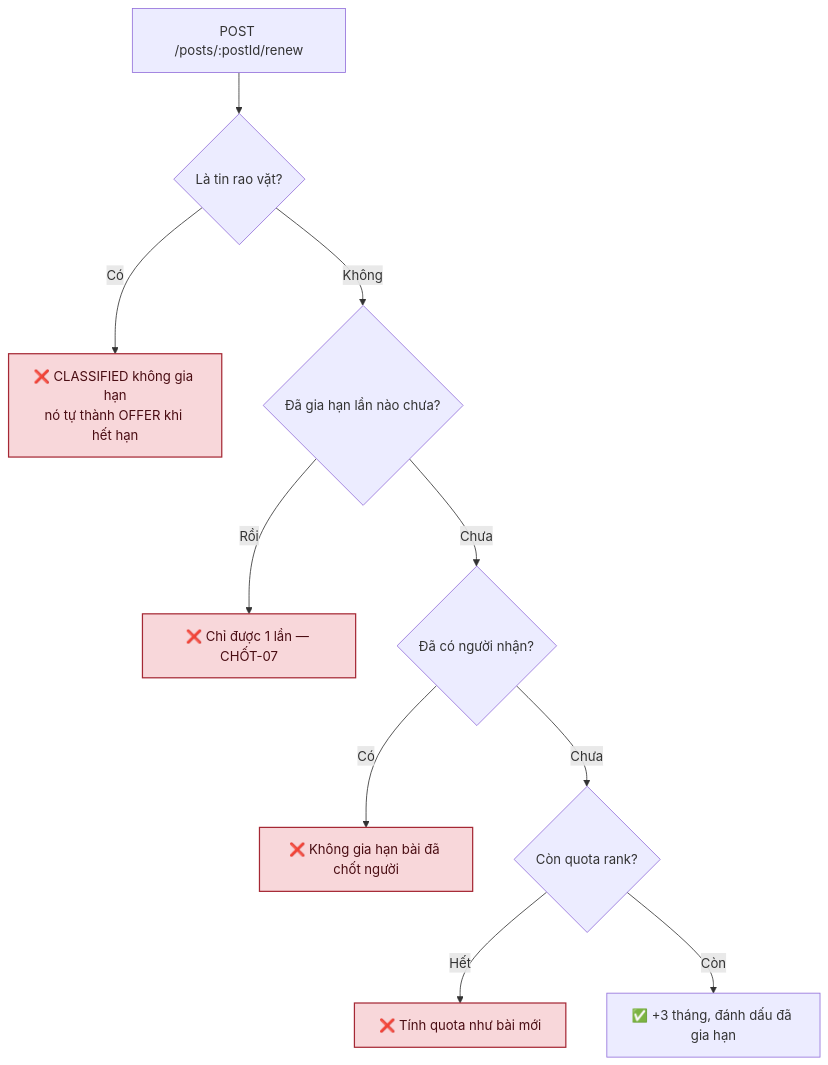
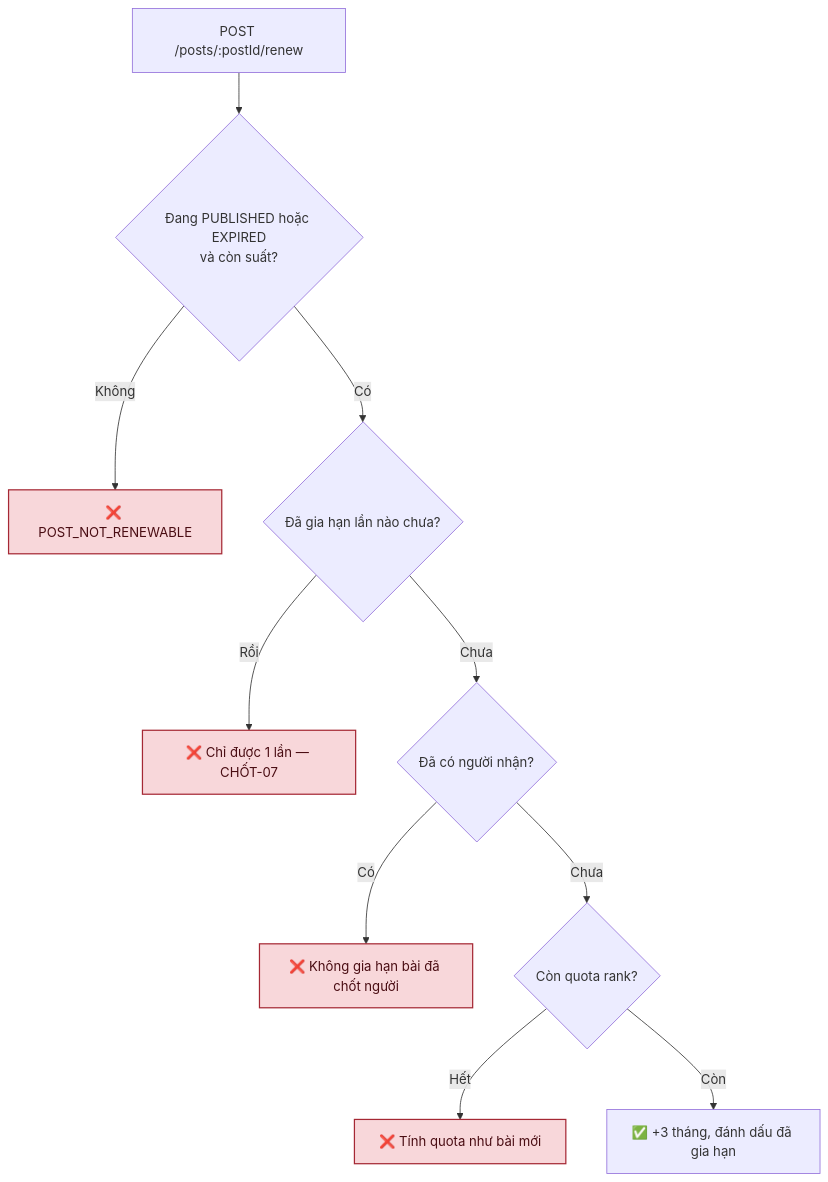
Before and after one commit to fdshn/trueheart: the fifth of 7 diagrams in docs/diagram/04-post.md, drawn with Mermaid. The commit also changed other lines of this file and 49 other files, not shown here.

````diff
--- a/docs/diagram/04-post.md
+++ b/docs/diagram/04-post.md
@@ -145,17 +156,17 @@
 ```mermaid
 flowchart TD
-    A["POST /posts/:postId/renew"] --> A1{Là tin rao vặt?}
-    A1 -->|Có| A2["❌ CLASSIFIED không gia hạn<br/>nó tự thành OFFER khi hết hạn"]
-    A1 -->|Không| B{Đã gia hạn lần nào chưa?}
+    A["POST /posts/:postId/renew"] --> A1{"Đang PUBLISHED hoặc EXPIRED<br/>và còn suất?"}
+    A1 -->|Không| A2["❌ POST_NOT_RENEWABLE"]
+    A1 -->|Có| B{Đã gia hạn lần nào chưa?}
     B -->|Rồi| C[❌ Chỉ được 1 lần — CHỐT-07]
     B -->|Chưa| D{Đã có người nhận?}
     D -->|Có| E[❌ Không gia hạn bài đã chốt người]
     D -->|Chưa| F{Còn quota rank?}
     F -->|Hết| G[❌ Tính quota như bài mới]
     F -->|Còn| H[✅ +3 tháng, đánh dấu đã gia hạn]
 
     style A2 fill:#f8d7da,stroke:#a52834,stroke-width:1.5px,color:#4a0d13
     style C fill:#f8d7da,stroke:#a52834,stroke-width:1.5px,color:#4a0d13
     style E fill:#f8d7da,stroke:#a52834,stroke-width:1.5px,color:#4a0d13
     style G fill:#f8d7da,stroke:#a52834,stroke-width:1.5px,color:#4a0d13
 ```
````
